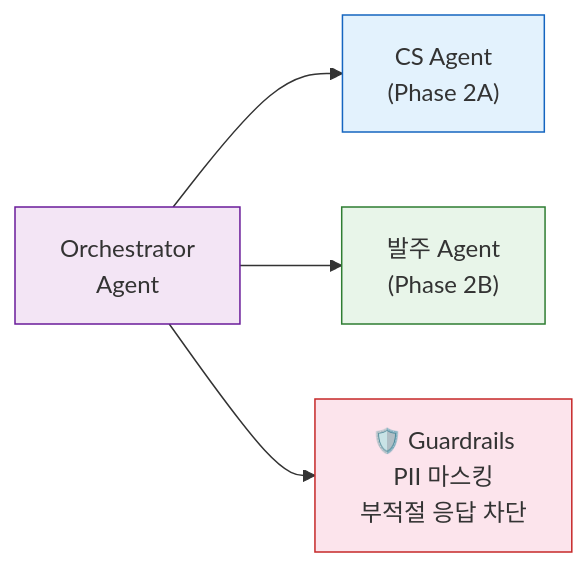
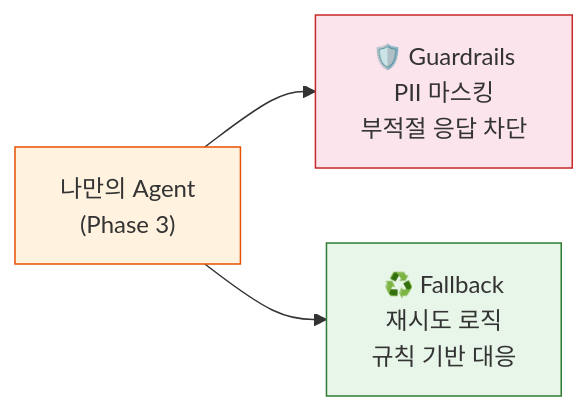
Before and after one commit to kjhyuok/rcg-agentcore-workshop-guide: the diagram in docs/appendix/next-steps.md, drawn with Mermaid. The commit also changed other lines of this file and 28 other files, not shown here.

````diff
--- a/docs/appendix/next-steps.md
+++ b/docs/appendix/next-steps.md
@@ -66,11 +66,9 @@
 ```mermaid
 graph LR
-    OR["Orchestrator<br/>Agent"] --> CS["CS Agent<br/>(Phase 2A)"]
-    OR --> DM["발주 Agent<br/>(Phase 2B)"]
-    OR --> GR["🛡️ Guardrails<br/>PII 마스킹<br/>부적절 응답 차단"]
+    MY["나만의 Agent<br/>(Phase 3)"] --> GR["🛡️ Guardrails<br/>PII 마스킹<br/>부적절 응답 차단"]
+    MY --> FB["♻️ Fallback<br/>재시도 로직<br/>규칙 기반 대응"]
 
-    style OR fill:#f3e5f5,stroke:#6a1b9a
-    style CS fill:#e3f2fd,stroke:#1565c0
-    style DM fill:#e8f5e9,stroke:#2e7d32
+    style MY fill:#fff3e0,stroke:#e65100
     style GR fill:#fce4ec,stroke:#c62828
+    style FB fill:#e8f5e9,stroke:#2e7d32
 ```
````
